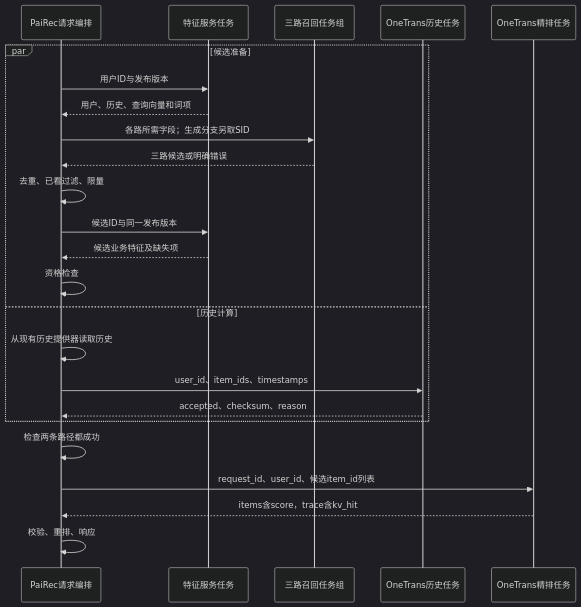
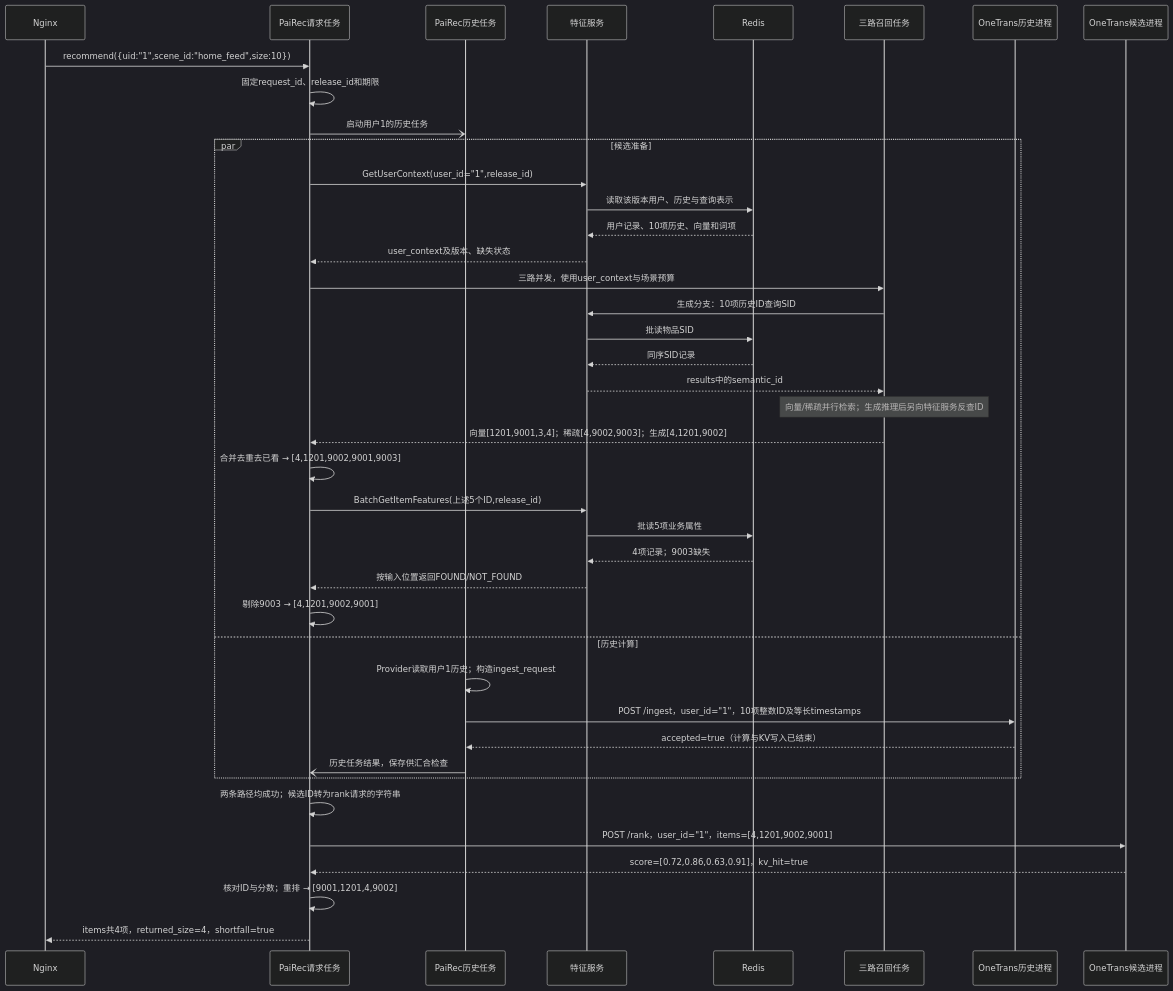
Before and after one commit to bitianyuan123/docs: the fifth of 5 diagrams in 03_pairec_orchestration.md, drawn with Mermaid (dark theme). The commit also changed other lines of this file and 141 other files, not shown here.

Commit message:
docs: audit module views and analyze PaiRec OneTrans Redis workloads

````diff
--- a/03_pairec_orchestration.md
+++ b/03_pairec_orchestration.md
@@ -160,26 +314,43 @@
 ```mermaid
 sequenceDiagram
-    participant P as PaiRec请求编排
-    participant F as 特征服务任务
-    participant R as 三路召回任务组
-    participant H as OneTrans历史任务
-    participant D as OneTrans精排任务
+    participant N as Nginx
+    participant P as PaiRec请求任务
+    participant H as PaiRec历史任务
+    participant F as 特征服务
+    participant DB as Redis
+    participant R as 三路召回任务
+    participant OH as OneTrans历史进程
+    participant OD as OneTrans候选进程
+    N->>P: recommend({uid:"1",scene_id:"home_feed",size:10})
+    P->>P: 固定request_id、release_id和期限
+    P-)H: 启动用户1的历史任务
     par 候选准备
-        P->>F: 用户ID与发布版本
-        F-->>P: 用户、历史、查询向量和词项
-        P->>R: 各路所需字段；生成分支另取SID
-        R-->>P: 三路候选或明确错误
-        P->>P: 去重、已看过滤、限量
-        P->>F: 候选ID与同一发布版本
-        F-->>P: 候选业务特征及缺失项
-        P->>P: 资格检查
+        P->>F: GetUserContext(user_id="1",release_id)
+        F->>DB: 读取该版本用户、历史与查询表示
+        DB-->>F: 用户记录、10项历史、向量和词项
+        F-->>P: user_context及版本、缺失状态
+        P->>R: 三路并发，使用user_context与场景预算
+        R->>F: 生成分支：10项历史ID查询SID
+        F->>DB: 批读物品SID
+        DB-->>F: 同序SID记录
+        F-->>R: results中的semantic_id
+        Note over R: 向量/稀疏并行检索；生成推理后另向特征服务反查ID
+        R-->>P: 向量[1201,9001,3,4]；稀疏[4,9002,9003]；生成[4,1201,9002]
+        P->>P: 合并去重去已看 → [4,1201,9002,9001,9003]
+        P->>F: BatchGetItemFeatures(上述5个ID,release_id)
+        F->>DB: 批读5项业务属性
+        DB-->>F: 4项记录；9003缺失
+        F-->>P: 按输入位置返回FOUND/NOT_FOUND
+        P->>P: 剔除9003 → [4,1201,9002,9001]
     and 历史计算
-        P->>P: 从现有历史提供器读取历史
-        P->>H: user_id、item_ids、timestamps
-        H-->>P: accepted、checksum、reason
+        H->>H: Provider读取用户1历史；构造ingest_request
+        H->>OH: POST /ingest，user_id="1"，10项整数ID及等长timestamps
+        OH-->>H: accepted=true（计算与KV写入已结束）
+        H-)P: 历史任务结果，保存供汇合检查
     end
-    P->>P: 检查两条路径都成功
-    P->>D: request_id、user_id、候选item_id列表
-    D-->>P: items含score，trace含kv_hit
-    P->>P: 校验、重排、响应
+    P->>P: 两条路径均成功；候选ID转为rank请求的字符串
+    P->>OD: POST /rank，user_id="1"，items=[4,1201,9002,9001]
+    OD-->>P: score=[0.72,0.86,0.63,0.91]，kv_hit=true
+    P->>P: 核对ID与分数；重排 → [9001,1201,4,9002]
+    P-->>N: items共4项，returned_size=4，shortfall=true
 ```
````
